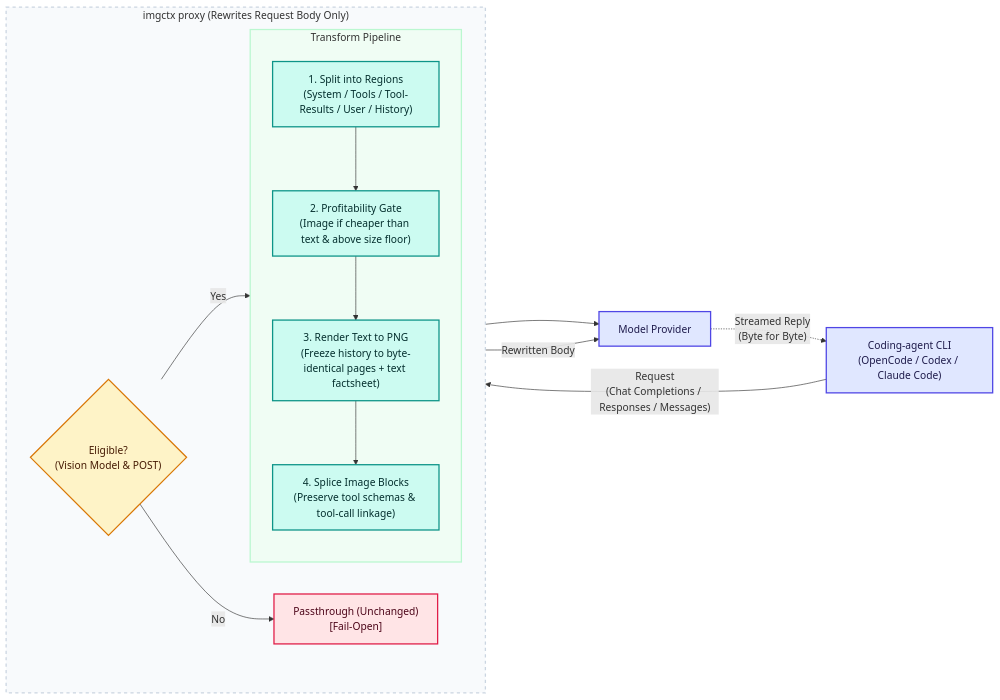
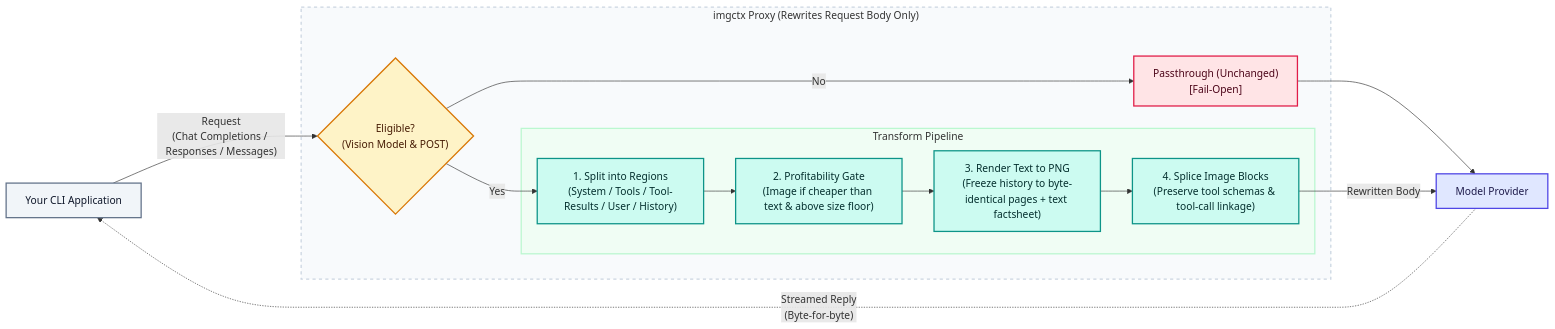
The second of 2 diagrams in README.md (NatBrian/image-token-compression), drawn with Mermaid before and after one commit.

Commit message:
Refine architecture diagram and improve descriptions
Updated architecture diagram for clarity and consistency.

````diff
--- a/README.md
+++ b/README.md
@@ -55,46 +55,51 @@
 ```mermaid
 flowchart LR
-    %% Node Definitions
-    CLI["Coding-agent CLI<br/>(OpenCode / Codex / Claude Code)"]
+    %% Core Endpoints
+    CLI["Your CLI Application"]
     U["Model Provider"]
 
-    subgraph PROXY["imgctx proxy (Rewrites Request Body Only)"]
-        direction LR
+    %% Main Proxy Boundary
+    subgraph PROXY["imgctx Proxy (Rewrites Request Body Only)"]
         G{"Eligible?<br/>(Vision Model & POST)"}
         PASS["Passthrough (Unchanged)<br/>[Fail-Open]"]
 
+        %% Sequential Pipeline (Inherits LR layout safely)
         subgraph PIPE["Transform Pipeline"]
-            direction TB
             S1["1. Split into Regions<br/>(System / Tools / Tool-Results / User / History)"]
             S2["2. Profitability Gate<br/>(Image if cheaper than text & above size floor)"]
             S3["3. Render Text to PNG<br/>(Freeze history to byte-identical pages + text factsheet)"]
             S4["4. Splice Image Blocks<br/>(Preserve tool schemas & tool-call linkage)"]
-
-            S1 --> S2 --> S3 --> S4
         end
     end
 
-    %% Edge Connections
+    %% Edge Routings
     CLI -- "Request<br/>(Chat Completions / Responses / Messages)" --> G
     G -- "No" --> PASS
     G -- "Yes" --> S1
+    
+    %% Pipeline Flow
+    S1 --> S2 --> S3 --> S4
+    
+    %% Output and Return Streams
     PASS --> U
     S4 -- "Rewritten Body" --> U
-    U -. "Streamed Reply<br/>(Byte for Byte)" .-> CLI
+    U -. "Streamed Reply<br/>(Byte-for-byte)" .-> CLI
 
-    %% Structural Layout Styling
+    %% Structural Container Styling
     style PROXY fill:#f8fafc,stroke:#cbd5e1,stroke-width:2px,stroke-dasharray: 5 5
     style PIPE fill:#f0fdf4,stroke:#bbf7d0,stroke-width:2px
 
-    %% Class Definitions for Theme Uniformity
-    classDef endpoint fill:#e0e7ff,color:#1e1b4b,stroke:#4f46e5,stroke-width:2px;
+    %% GitHub Light/Dark Mode Safe Theme Classes
+    classDef client fill:#f1f5f9,color:#0f172a,stroke:#64748b,stroke-width:2px;
     classDef decision fill:#fef3c7,color:#451a03,stroke:#d97706,stroke-width:2px;
     classDef bypass fill:#ffe4e6,color:#4c0519,stroke:#e11d48,stroke-width:2px;
     classDef step fill:#ccfbf1,color:#042f2e,stroke:#0d9488,stroke-width:2px;
+    classDef provider fill:#e0e7ff,color:#1e1b4b,stroke:#4f46e5,stroke-width:2px;
 
-    %% Apply Classes
-    class CLI,U endpoint;
+    %% Class Assignments
+    class CLI client;
     class G decision;
     class PASS bypass;
     class S1,S2,S3,S4 step;
+    class U provider;
 ```
````
